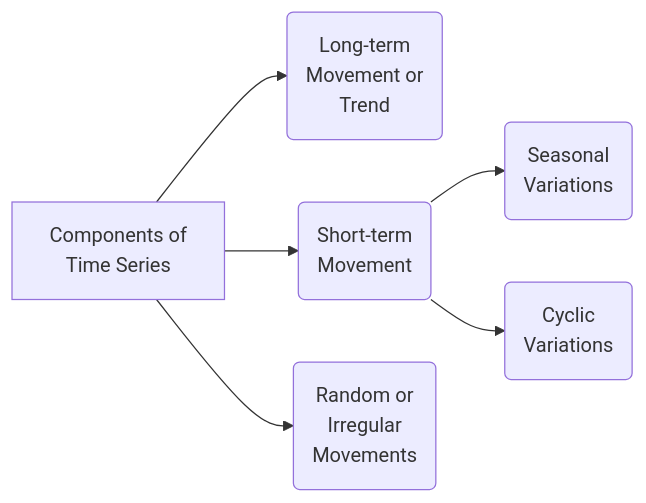
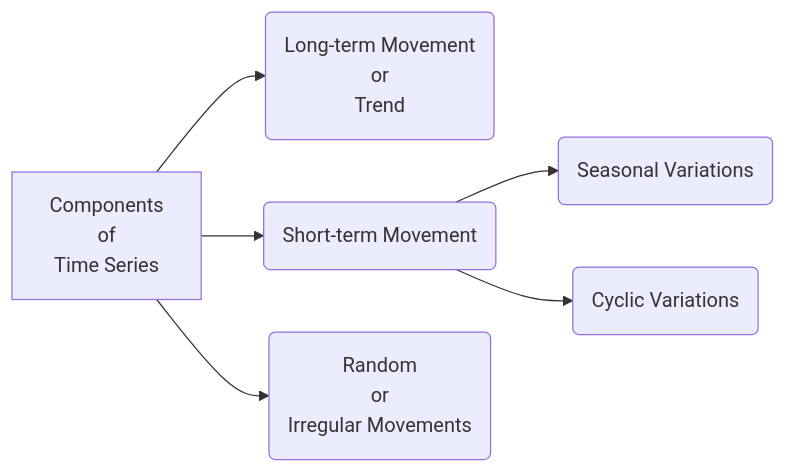
One commit to byuistats/timeseries changed the diagram in Tutorials/Lecture_Template.qmd. Above: the diagram before and after it, drawn with Mermaid. The commit also changed other lines of this file and 10 other files, not shown here.

````diff
--- a/Tutorials/Lecture_Template.qmd
+++ b/Tutorials/Lecture_Template.qmd
@@ -40,16 +40,8 @@
 ```{mermaid}
 flowchart LR
-    A[Components of
-    Time Series] --> B(Long-term
-    Movement or 
-    Trend)
-    A --> C(Short-term
-    Movement)
-    A --> D(Random or 
-    Irregular
-    Movements)
-    C --> E(Seasonal
-    Variations)
-    C --> F(Cyclic
-    Variations)
+    A[Components \n of \n Time Series] --> B(Long-term Movement \n or \n Trend)
+    A --> C(Short-term Movement)
+    A --> D(Random \n or \n Irregular Movements)
+    C --> E(Seasonal Variations)
+    C --> F(Cyclic Variations)
 ```
````
